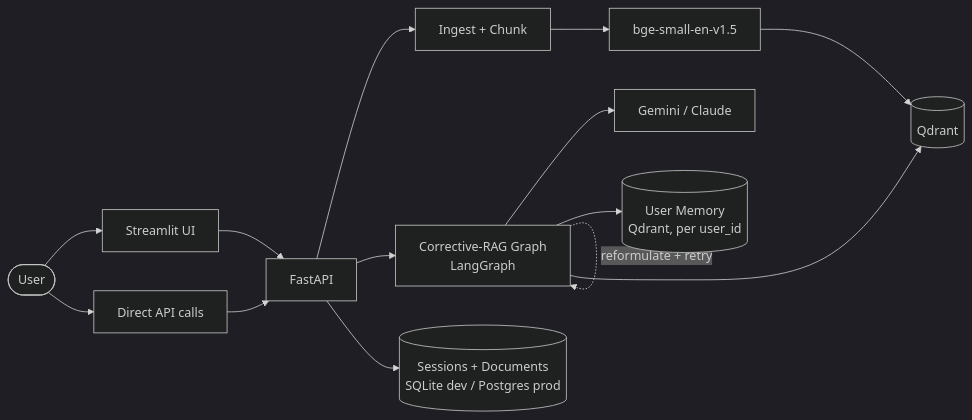
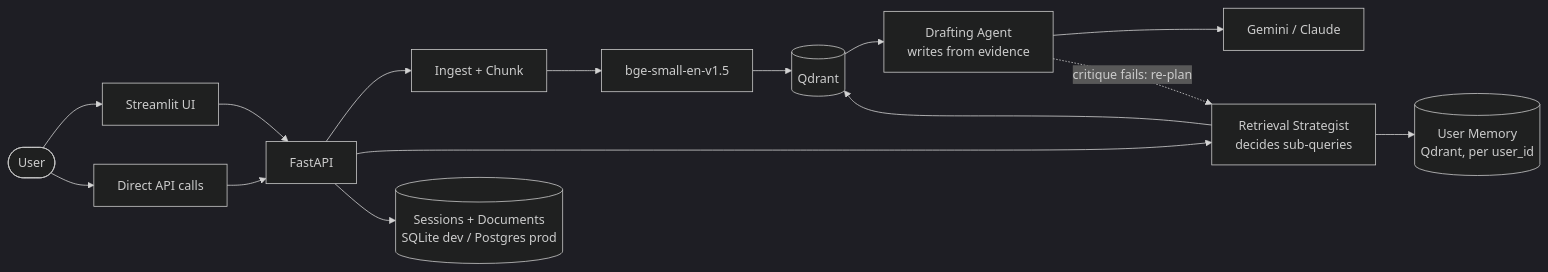
The diagram in README.md (vishnu0529/enterprise-rag-assistant), drawn with Mermaid (dark theme) before and after one commit. The commit also changed other lines of this file and 8 other files, not shown here.

First line of the commit message:
Split the corrective-RAG graph into two distinct agent roles

````diff
--- a/README.md
+++ b/README.md
@@ -46,16 +46,17 @@
 ```mermaid
 flowchart LR
     U([User]) --> UI[Streamlit UI]
     U --> API_direct[Direct API calls]
     UI --> API[FastAPI]
     API_direct --> API
     API --> Ingest[Ingest + Chunk]
     Ingest --> Embed[bge-small-en-v1.5]
     Embed --> Qdrant[(Qdrant)]
-    API --> Graph[Corrective-RAG Graph<br/>LangGraph]
-    Graph --> Qdrant
-    Graph --> LLM[Gemini / Claude]
-    Graph -.reformulate + retry.-> Graph
-    Graph --> Memory[(User Memory<br/>Qdrant, per user_id)]
+    API --> Strategist[Retrieval Strategist<br/>decides sub-queries]
+    Strategist --> Qdrant
+    Qdrant --> Drafter[Drafting Agent<br/>writes from evidence]
+    Drafter --> LLM[Gemini / Claude]
+    Drafter -.critique fails: re-plan.-> Strategist
+    Strategist --> Memory[(User Memory<br/>Qdrant, per user_id)]
     API --> DB[(Sessions + Documents<br/>SQLite dev / Postgres prod)]
 ```
````
